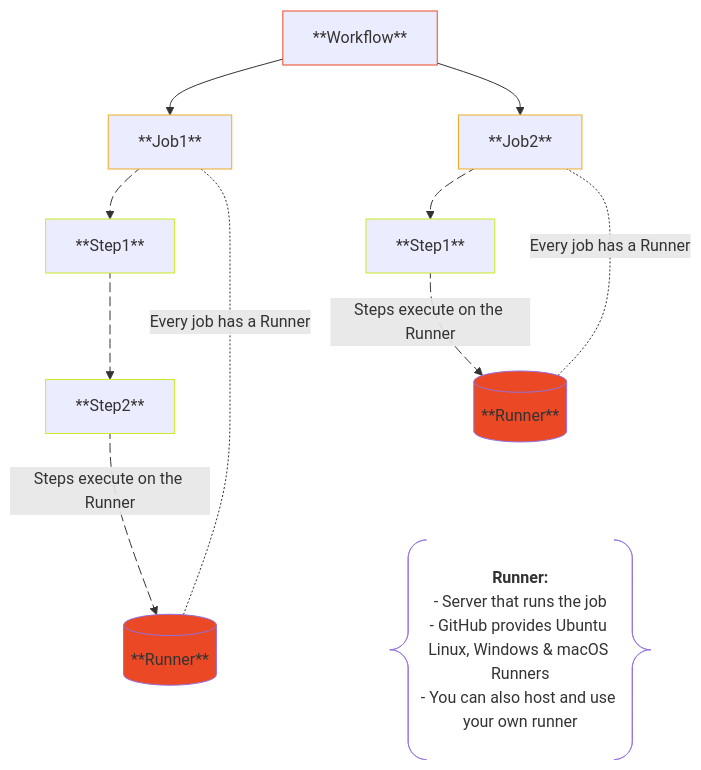
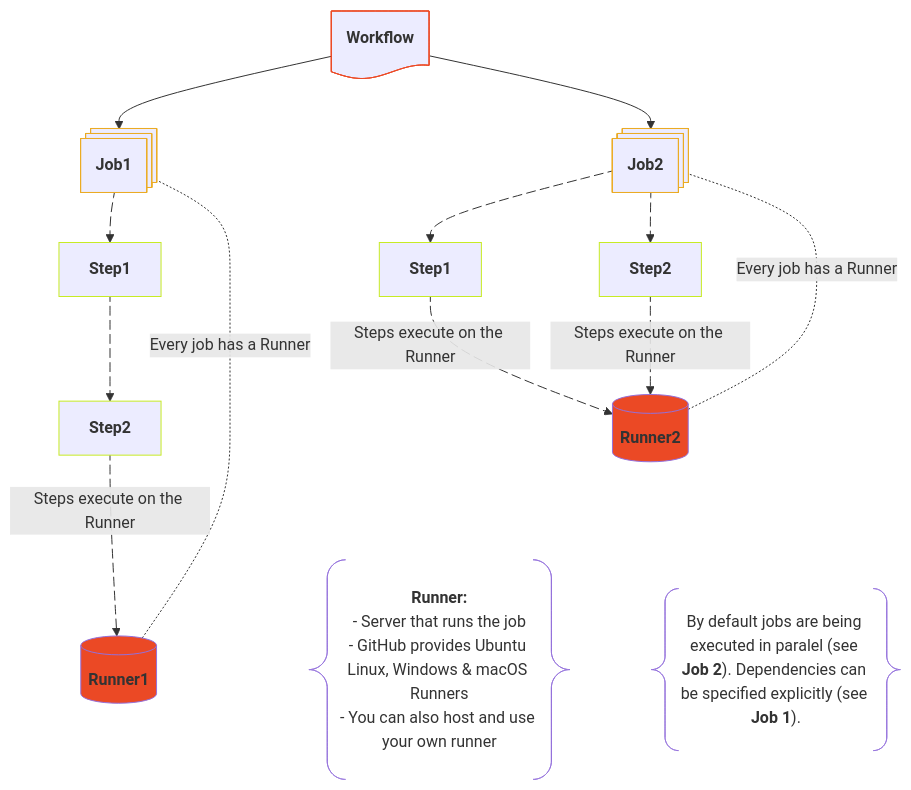
One commit to rtdevx/rtdevx.github.io changed the second of 2 diagrams in content/posts/training/GitHub/2025-github-actions/03-fundamentals/index.md. Above: the diagram before and after it, drawn with Mermaid. The commit also changed 1 other file, not shown here.

Commit message:
Obsidian sync: 2025-12-09 16:03:39

```diff
--- a/content/posts/training/GitHub/2025-github-actions/03-fundamentals/index.md
+++ b/content/posts/training/GitHub/2025-github-actions/03-fundamentals/index.md
@@ -182,31 +182,62 @@
 {{< mermaid >}}
-flowchart TD
+flowchart TB
 
-E@{ shape: braces, label: "**Runner:**
-- Server that runs the job
-- GitHub provides Ubuntu Linux, Windows & macOS Runners
-- You can also host and use your own runner" }
-
+%% Class Definitions
 classDef redclass fill:#EB4925
 classDef redclasss stroke:#EB4925
 classDef yellowclass stroke:#EBAC25
 classDef greenclass stroke:#C7EB25
 
-  A[**Workflow**]:::redclasss a1@--> B1[**Job1**]:::yellowclass
-  B1 b1@--> C1[**Step1**]:::greenclass
-  C1 c2@--> C2[**Step2**]:::greenclass  
-  b1@{ animate: true }  
+%% Workflows
+W@{ shape: doc, label: "**Workflow**" }
+
+%% Jobs
+Job1@{ shape: processes, label: "**Job1**" }
+Job2@{ shape: processes, label: "**Job2**" }
+
+%% Job1 Steps
+Step1Job1@{ shape: process, label: "**Step1**" }
+Step2Job1@{ shape: process, label: "**Step2**" }
+
+%% Job2 Steps
+Step1Job2@{ shape: process, label: "**Step1**" }
+Step2Job2@{ shape: process, label: "**Step2**" }
+
+%% Runners
+Runner1@{ shape: db, label: "**Runner1**" }
+Runner2@{ shape: db, label: "**Runner2**" }
+
+%% Comments
+Comment1@{ shape: braces, label: "**Runner:**
+- Server that runs the job
+- GitHub provides Ubuntu Linux, Windows & macOS Runners
+- You can also host and use your own runner" }
+
+Comment2@{ shape: braces, label: "By default jobs are being executed in paralel (see **Job 2**). Dependencies can be specified explicitly (see **Job 1**)." }
+
+%% Job1
+  W:::redclasss --> Job1:::yellowclass
+  Job1 Job1Step1Route@--> Step1Job1:::greenclass
+  Step1Job1 c2@--> Step2Job1:::greenclass  
+  Job1Step1Route@{ animate: true }  
   c2@{ animate: true }   
-  C2 c1@-->|Steps execute on the Runner| D1[(**Runner**)]:::redclass
+  Step2Job1 c1@-->|Steps execute on the Runner| Runner1:::redclass
   c1@{ animate: true }  
-  D1 -.-|Every job has a Runner| B1
+  Runner1 -.-|Every job has a Runner| Job1
 
-  A[**Workflow**]:::redclasss a1@--> B2[**Job2**]:::yellowclass  
-  B2 b2@--> C3[**Step1**]:::greenclass
+%% Job2
+  W --> Job2:::yellowclass  
+  Job2 b2@--> Step1Job2:::greenclass
   b2@{ animate: true }
-  C3 c3@-->|Steps execute on the Runner| D2[(**Runner**)]:::redclass
+  Step1Job2 c3@-->|Steps execute on the Runner| Runner2:::redclass
   c3@{ animate: true }
-  D2 -.- |Every job has a Runner| B2  
+  Runner2 -.- |Every job has a Runner| Job2 
 
-  D2 ~~~ E
+  Job2 b3@--> Step2Job2:::greenclass
+  b3@{ animate: true }
+  Step2Job2 c4@-->|Steps execute on the Runner| Runner2:::redclass
+  c4@{ animate: true }
+
+  Runner2 ~~~ Comment1
+  Runner2 ~~~ Comment2
 {{< /mermaid >}}
```
